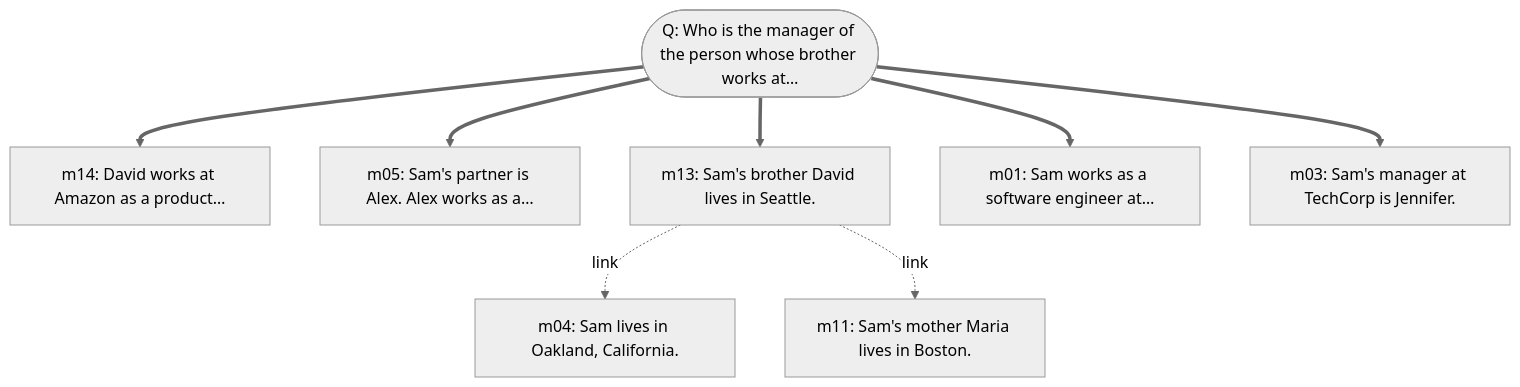
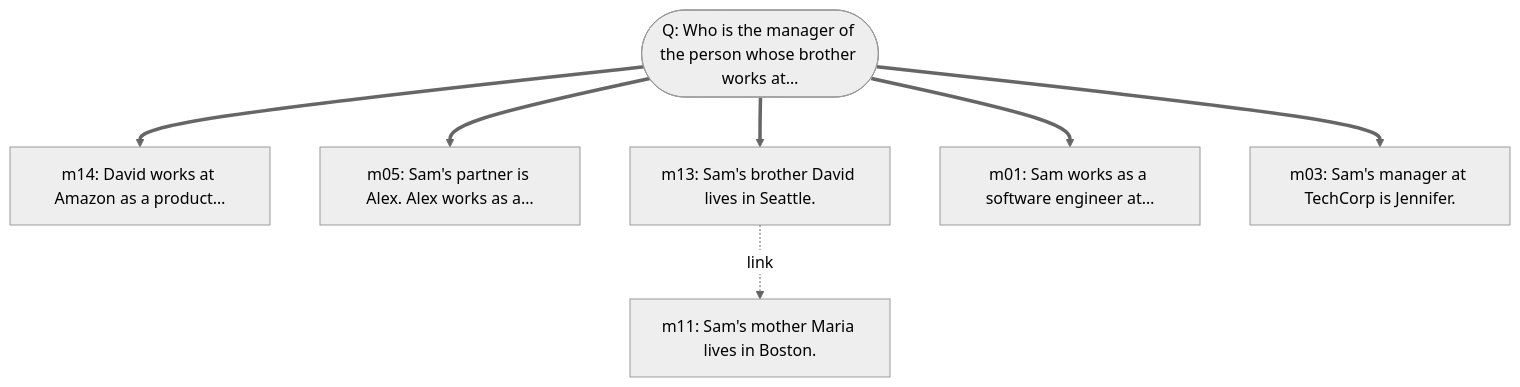
The eighth of 22 diagrams in results/comparison/amem/traces.md (pandazxx/a-mem-reproduction), drawn with Mermaid (neutral theme) before and after one commit. The commit also changed other lines of this file and 64 other files, not shown here.

````diff
--- a/results/comparison/amem/traces.md
+++ b/results/comparison/amem/traces.md
@@ -209,18 +205,16 @@
 ```mermaid
 graph TD
     Q(["Q: Who is the manager of the person whose brother works at…"])
     m14["m14: David works at Amazon as a product…"]
     Q ==> m14
     m05["m05: Sam's partner is Alex. Alex works as a…"]
     Q ==> m05
     m13["m13: Sam's brother David lives in Seattle."]
     Q ==> m13
     m01["m01: Sam works as a software engineer at…"]
     Q ==> m01
     m03["m03: Sam's manager at TechCorp is Jennifer."]
     Q ==> m03
-    m04["m04: Sam lives in Oakland, California."]
-    m13 -.->|link| m04
     m11["m11: Sam's mother Maria lives in Boston."]
     m13 -.->|link| m11
 ```
````
